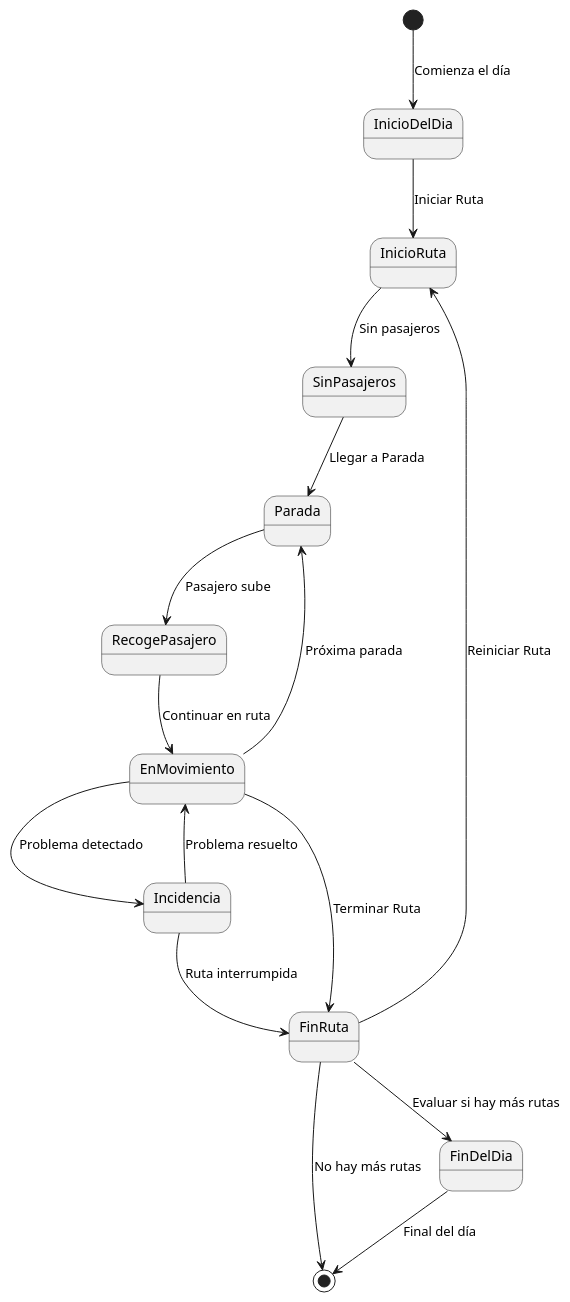
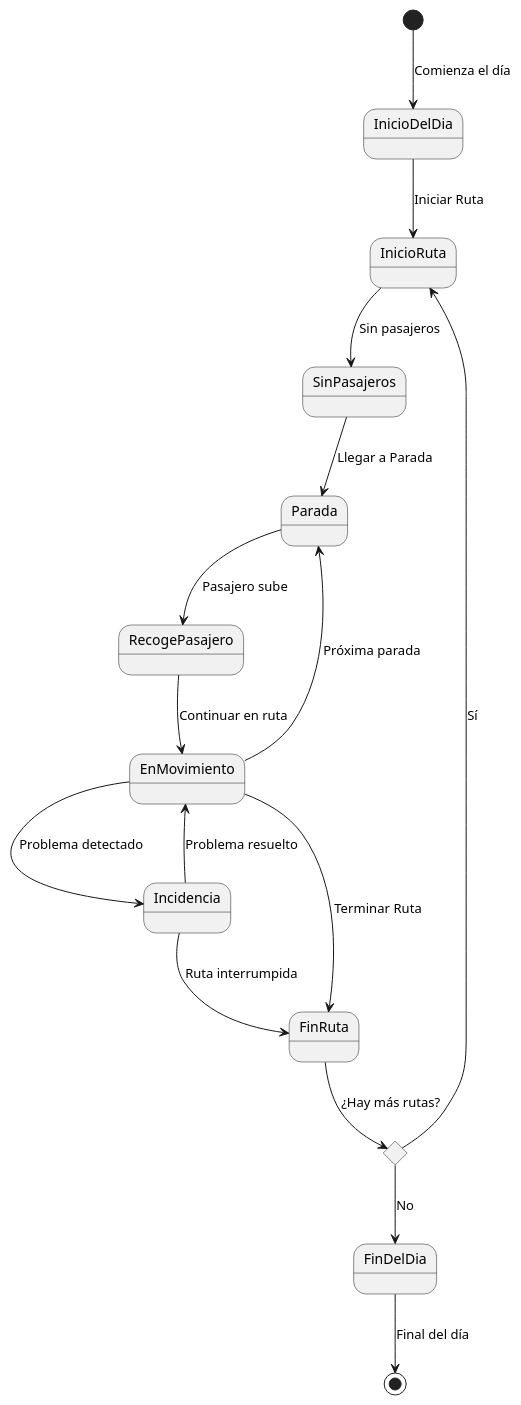
One commit to Ingenieria-Informatica-UNEATLANTICO/app-actividad-post-parcial-oscarsantasanchez changed the diagram in modelosUML/DiagramaDeEstadosMejorado.puml. Above: the diagram before and after it, drawn with PlantUML. The commit also changed 1 other file, not shown here.

Commit message:
Cambio diagrama de estados mejorado

```diff
--- a/modelosUML/DiagramaDeEstadosMejorado.puml
+++ b/modelosUML/DiagramaDeEstadosMejorado.puml
@@ -1,22 +1,25 @@
 @startuml
 [*] --> InicioDelDia : Comienza el día
 
 InicioDelDia --> InicioRuta : Iniciar Ruta
+
+state choice <<choice>>
 
 InicioRuta --> SinPasajeros : Sin pasajeros
 SinPasajeros --> Parada : Llegar a Parada
 Parada --> RecogePasajero : Pasajero sube
 RecogePasajero --> EnMovimiento : Continuar en ruta
 EnMovimiento --> Parada : Próxima parada
 
 EnMovimiento --> Incidencia : Problema detectado
 Incidencia --> FinRuta : Ruta interrumpida
 Incidencia --> EnMovimiento : Problema resuelto
 
 EnMovimiento --> FinRuta : Terminar Ruta
-FinRuta --> [*] : No hay más rutas
-FinRuta --> InicioRuta : Reiniciar Ruta
 
-FinRuta --> FinDelDia : Evaluar si hay más rutas
+FinRuta --> choice : ¿Hay más rutas?
+choice --> InicioRuta : Sí
+choice --> FinDelDia : No
+
 FinDelDia --> [*] : Final del día
 @enduml
```
